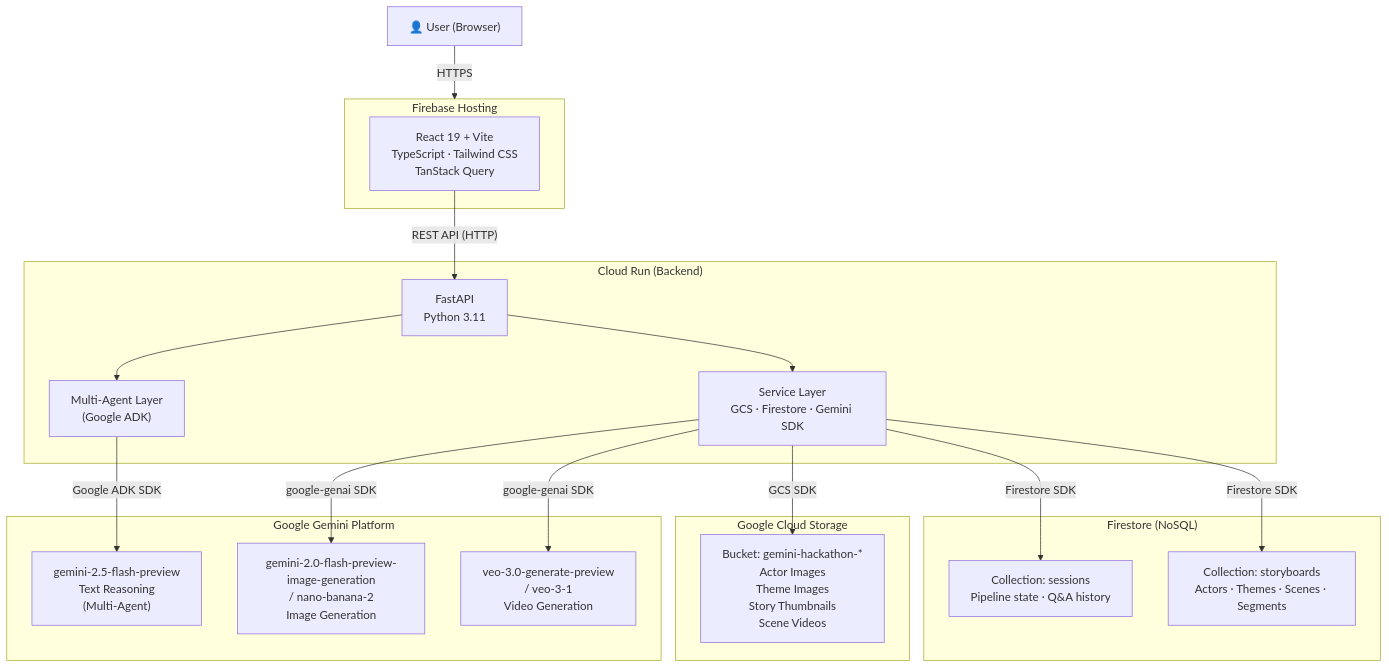
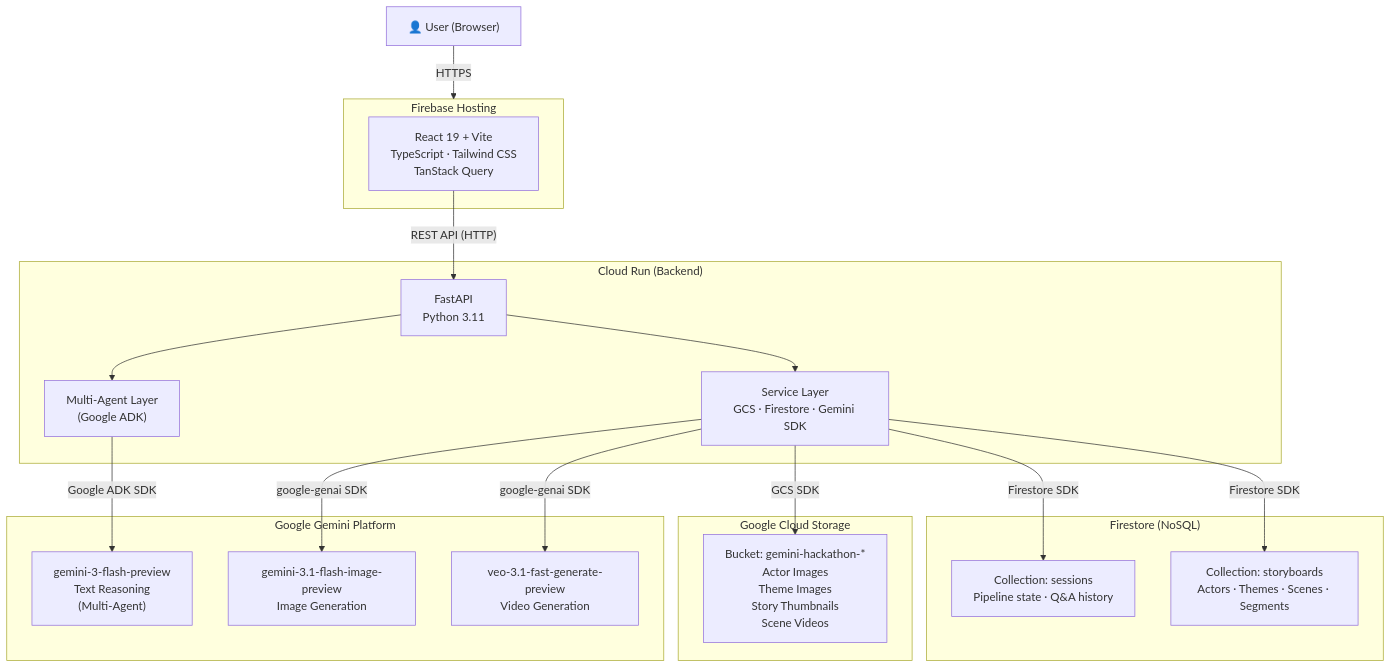
One commit to bwbayu/SceneStudio changed the first of 9 diagrams in docs/architecture.md. Above: the diagram before and after it, drawn with Mermaid. The commit also changed other lines of this file and 5 other files, not shown here.

````diff
--- a/docs/architecture.md
+++ b/docs/architecture.md
@@ -19,40 +19,40 @@
 ```mermaid
 graph TD
     User["👤 User (Browser)"]
 
     subgraph GCP_Frontend["Firebase Hosting"]
         FE["React 19 + Vite\nTypeScript · Tailwind CSS\nTanStack Query"]
     end
 
     subgraph GCP_Backend["Cloud Run (Backend)"]
         API["FastAPI\nPython 3.11"]
         Agents["Multi-Agent Layer\n(Google ADK)"]
         Services["Service Layer\nGCS · Firestore · Gemini SDK"]
     end
 
     subgraph Gemini["Google Gemini Platform"]
-        GFlash["gemini-2.5-flash-preview\nText Reasoning\n(Multi-Agent)"]
-        GImage["gemini-2.0-flash-preview-image-generation\n/ nano-banana-2\nImage Generation"]
-        GVeo["veo-3.0-generate-preview\n/ veo-3-1\nVideo Generation"]
+        GFlash["gemini-3-flash-preview\nText Reasoning\n(Multi-Agent)"]
+        GImage["gemini-3.1-flash-image-preview\nImage Generation"]
+        GVeo["veo-3.1-fast-generate-preview\nVideo Generation"]
     end
 
     subgraph Storage["Google Cloud Storage"]
         GCS["Bucket: gemini-hackathon-*\nActor Images\nTheme Images\nStory Thumbnails\nScene Videos"]
     end
 
     subgraph DB["Firestore (NoSQL)"]
         FSessions["Collection: sessions\nPipeline state · Q&A history"]
         FStoryboards["Collection: storyboards\nActors · Themes · Scenes · Segments"]
     end
 
     User -- "HTTPS" --> GCP_Frontend
     FE -- "REST API (HTTP)" --> API
     API --> Agents
     API --> Services
     Agents -- "Google ADK SDK" --> GFlash
     Services -- "google-genai SDK" --> GImage
     Services -- "google-genai SDK" --> GVeo
     Services -- "GCS SDK" --> GCS
     Services -- "Firestore SDK" --> FSessions
     Services -- "Firestore SDK" --> FStoryboards
 ```
````
